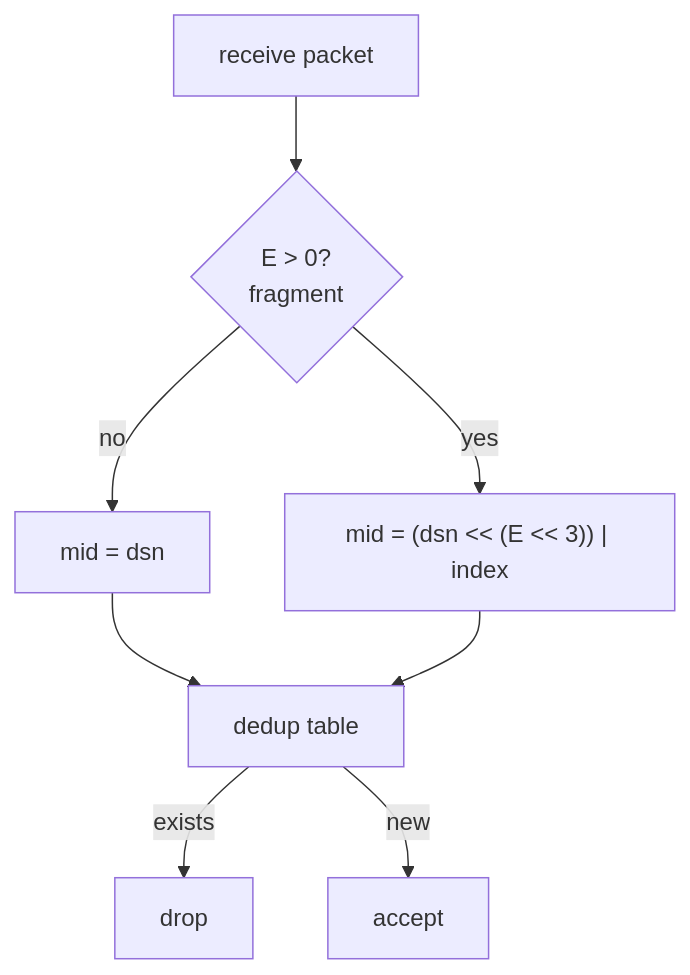
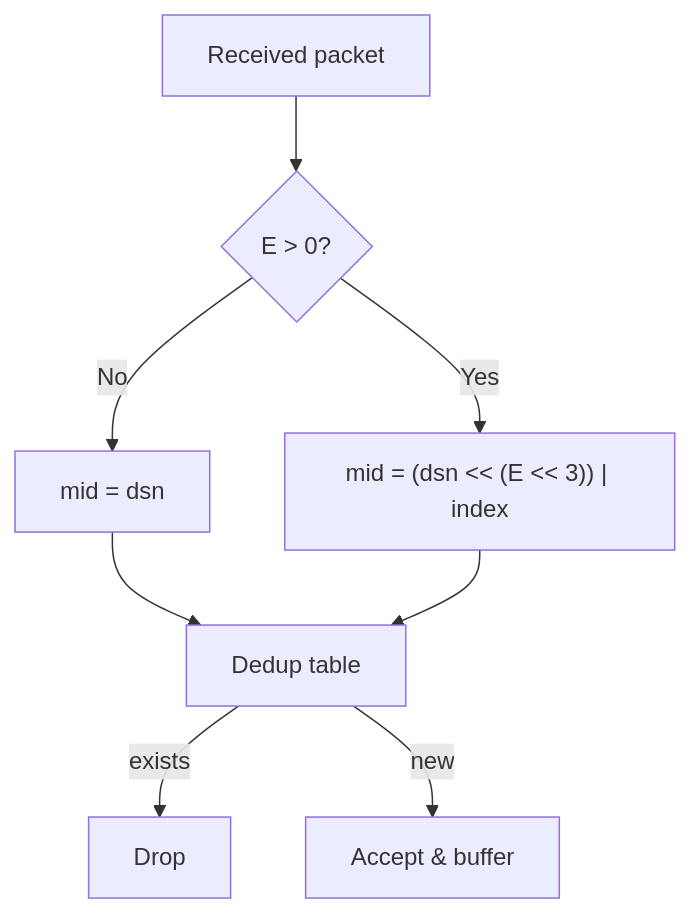
One commit to moky/magpie-bridge changed the diagram in docs/design-protocol.md. Above: the diagram before and after it, drawn with Mermaid. The commit also changed other lines of this file and 9 other files, not shown here.

````diff
--- a/docs/design-protocol.md
+++ b/docs/design-protocol.md
@@ -108,10 +93,10 @@
 ```mermaid
 flowchart TD
-    P[receive packet] --> E{E > 0?<br/>fragment}
-    E -- no --> M1[mid = dsn]
-    E -- yes --> M2["mid = (dsn << (E << 3)) | index"]
-    M1 --> T[dedup table]
+    P["Received packet"] --> Q{"E > 0?"}
+    Q -- "No" --> M1["mid = dsn"]
+    Q -- "Yes" --> M2["mid = (dsn << (E << 3)) | index"]
+    M1 --> T["Dedup table"]
     M2 --> T
-    T -- exists --> DR[drop]
-    T -- new --> ACC[accept]
+    T -- "exists" --> DR["Drop"]
+    T -- "new" --> ACC["Accept & buffer"]
 ```
````
